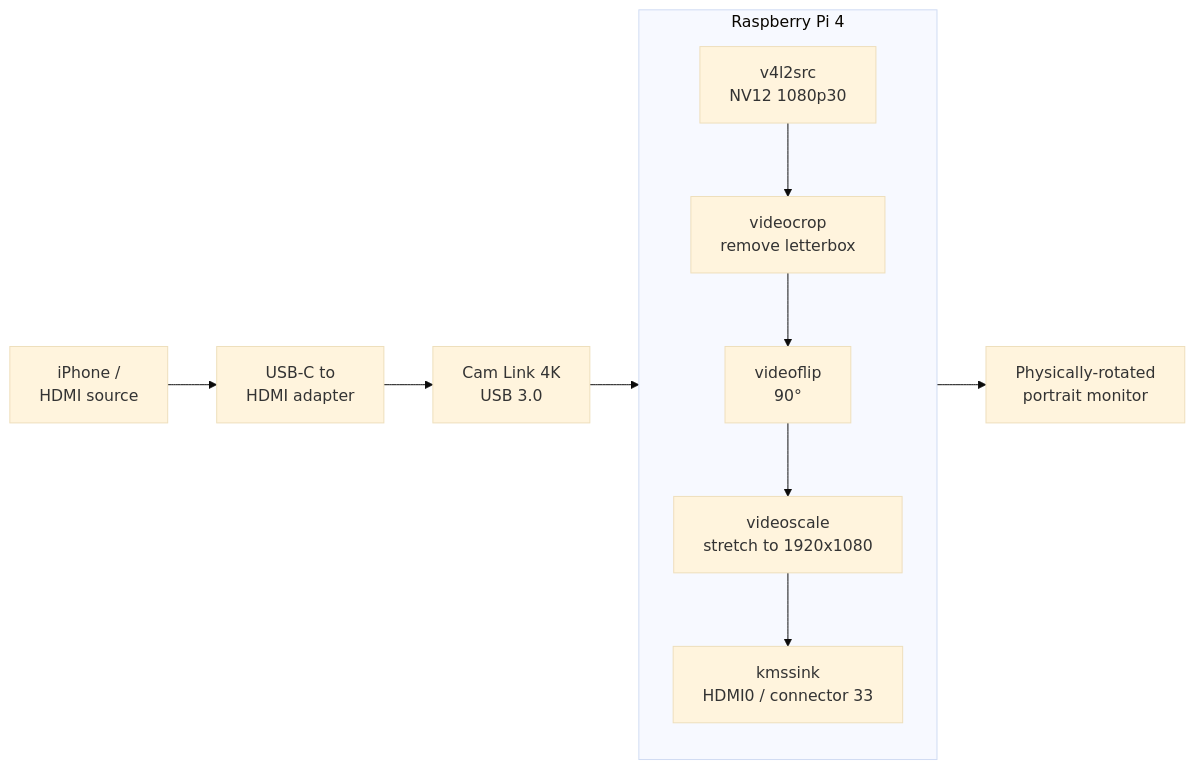
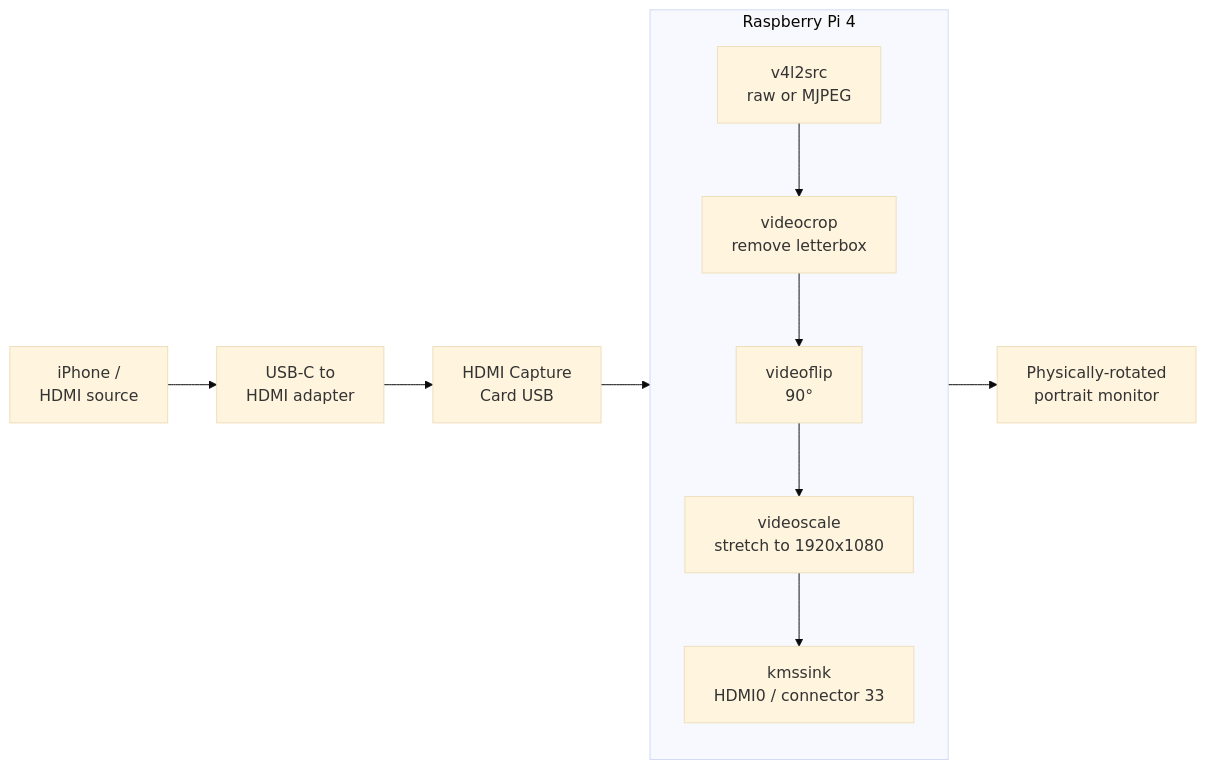
Before and after one commit to sergioarojasm98/rpi-hdmi-rotator: the diagram in README.md, drawn with Mermaid (base theme). The commit also changed other lines of this file and 4 other files, not shown here.

First line of the commit message:
docs: generalize references from Cam Link to any UVC capture card

````diff
--- a/README.md
+++ b/README.md
@@ -18,13 +18,13 @@
 ```mermaid
 flowchart LR
     iPhone[iPhone /<br/>HDMI source] --> Adapter[USB-C to<br/>HDMI adapter]
-    Adapter --> CamLink[Cam Link 4K<br/>USB 3.0]
-    CamLink --> Pi4
+    Adapter --> Capture[HDMI Capture<br/>Card USB]
+    Capture --> Pi4
     subgraph Pi4["Raspberry Pi 4"]
-        Capture[v4l2src<br/>NV12 1080p30] --> Crop[videocrop<br/>remove letterbox]
+        Source[v4l2src<br/>raw or MJPEG] --> Crop[videocrop<br/>remove letterbox]
         Crop --> Flip[videoflip<br/>90°]
         Flip --> Scale[videoscale<br/>stretch to 1920x1080]
         Scale --> Sink[kmssink<br/>HDMI0 / connector 33]
     end
     Pi4 --> Monitor[Physically-rotated<br/>portrait monitor]
 ```
````
